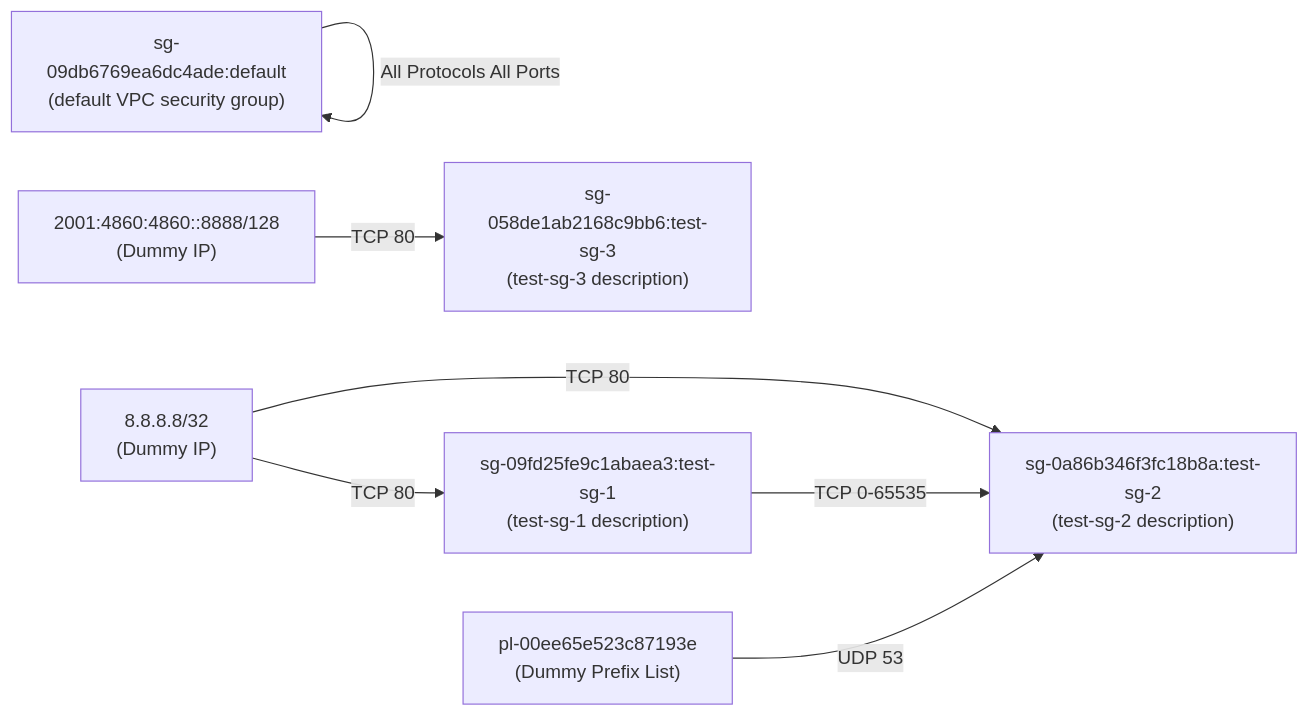
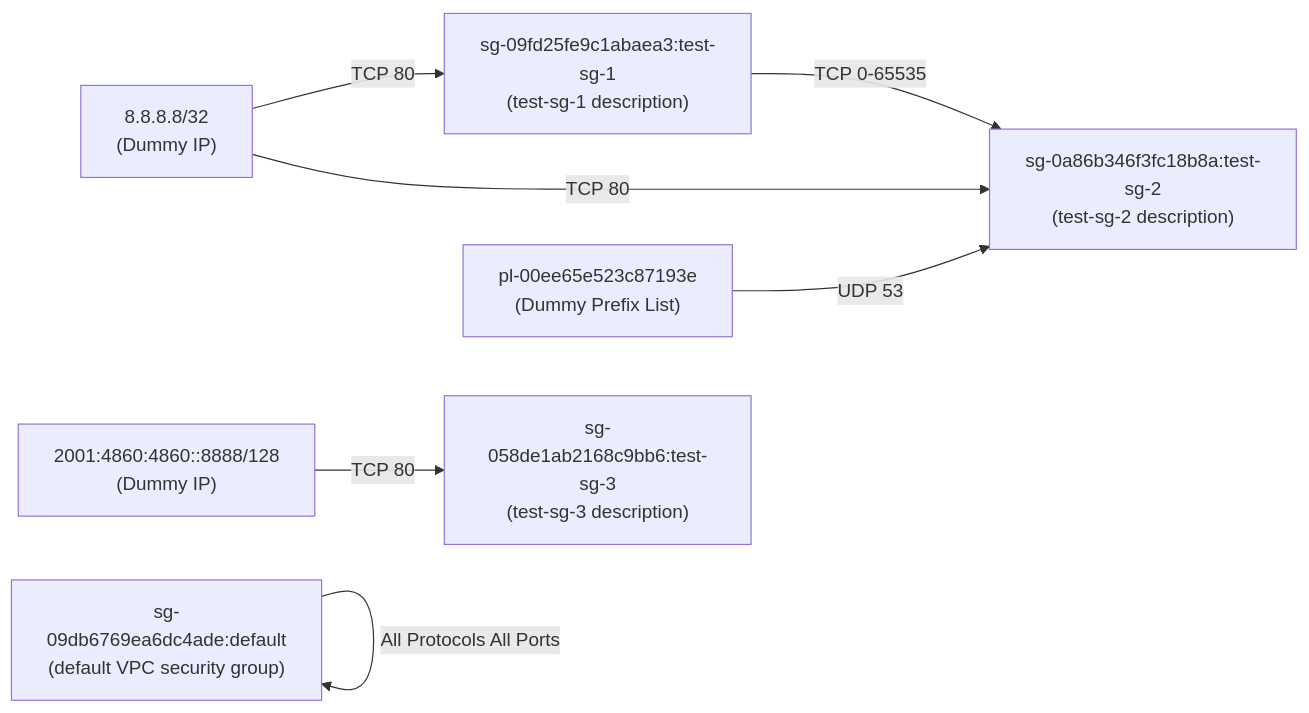
One commit to nag0yan/sgviz changed the diagram in output.md. Above: the diagram before and after it, drawn with Mermaid. The commit also changed other lines of this file and 1 other file, not shown here.

Commit message:
add: md output test

````diff
--- a/output.md
+++ b/output.md
@@ -1,23 +1,23 @@
 ```mermaid
 flowchart LR
-	sg-0a86b346f3fc18b8a["sg-0a86b346f3fc18b8a:test-sg-2
-(test-sg-2 description)"]
-	pl-00ee65e523c87193e["pl-00ee65e523c87193e
-(Dummy Prefix List)"]
-	sg-09db6769ea6dc4ade["sg-09db6769ea6dc4ade:default
-(default VPC security group)"]
 	sg-09fd25fe9c1abaea3["sg-09fd25fe9c1abaea3:test-sg-1
 (test-sg-1 description)"]
 	8.8.8.8/32["8.8.8.8/32
 (Dummy IP)"]
 	sg-058de1ab2168c9bb6["sg-058de1ab2168c9bb6:test-sg-3
 (test-sg-3 description)"]
 	2001:4860:4860::8888/128["2001:4860:4860::8888/128
 (Dummy IP)"]
+	sg-0a86b346f3fc18b8a["sg-0a86b346f3fc18b8a:test-sg-2
+(test-sg-2 description)"]
+	pl-00ee65e523c87193e["pl-00ee65e523c87193e
+(Dummy Prefix List)"]
+	sg-09db6769ea6dc4ade["sg-09db6769ea6dc4ade:default
+(default VPC security group)"]
 	8.8.8.8/32-->|"TCP 80"|sg-09fd25fe9c1abaea3
 	2001:4860:4860::8888/128-->|"TCP 80"|sg-058de1ab2168c9bb6
 	8.8.8.8/32-->|"TCP 80"|sg-0a86b346f3fc18b8a
 	sg-09fd25fe9c1abaea3-->|"TCP 0-65535"|sg-0a86b346f3fc18b8a
 	pl-00ee65e523c87193e-->|"UDP 53"|sg-0a86b346f3fc18b8a
 	sg-09db6769ea6dc4ade-->|"All Protocols All Ports"|sg-09db6769ea6dc4ade
 ```
````
